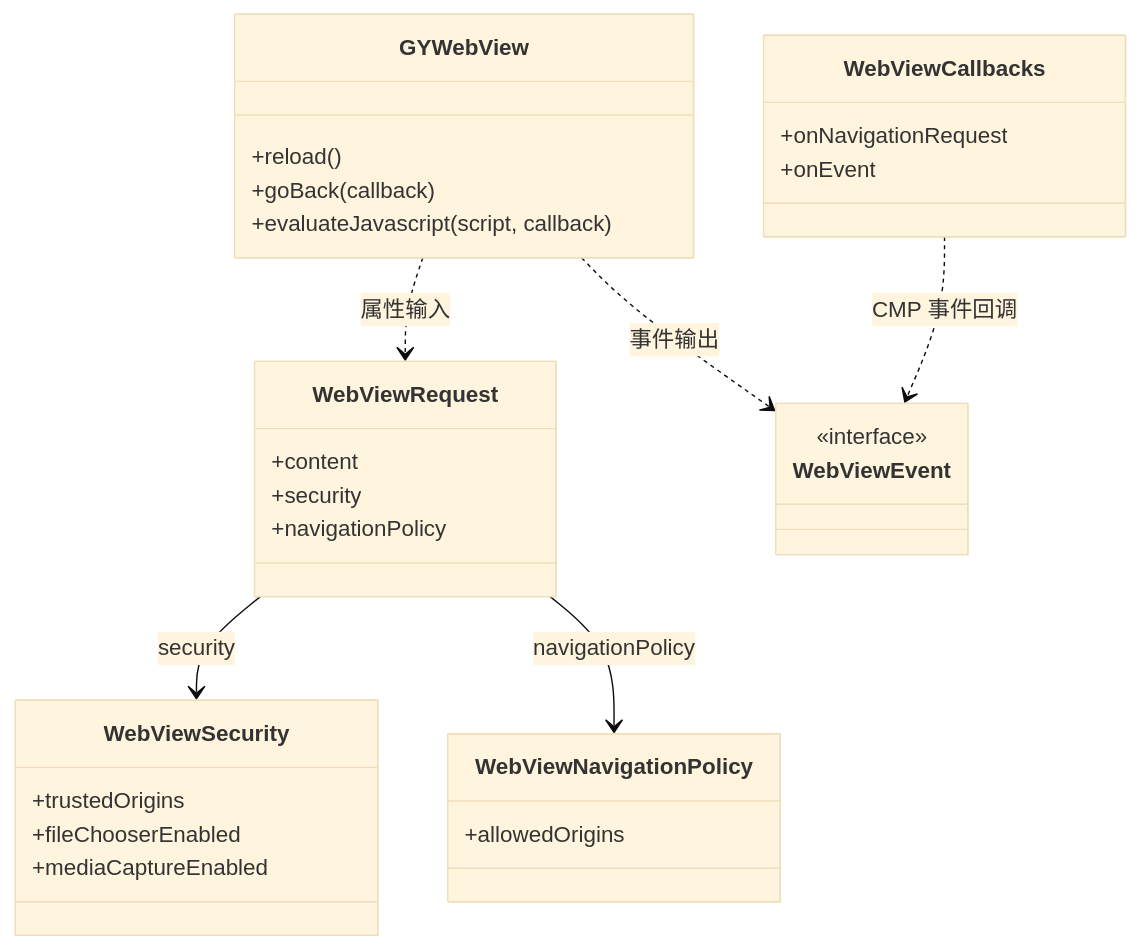
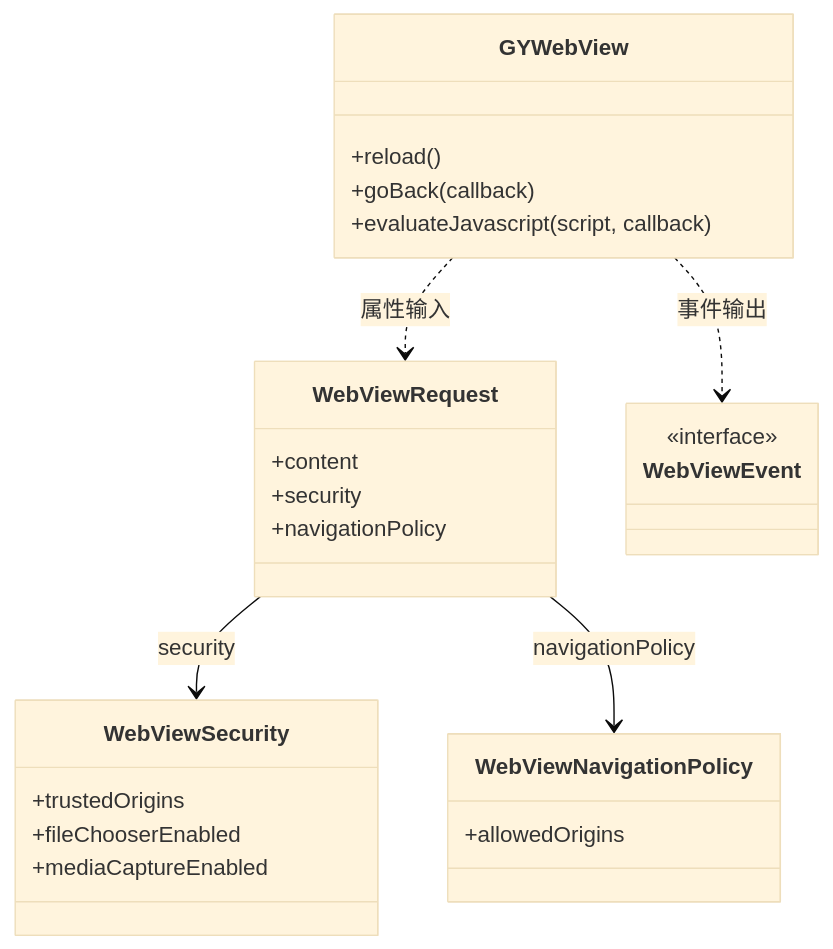
Before and after one commit to gycrosskit/compose-webview: the third of 3 diagrams in README.md, drawn with Mermaid (base theme). The commit also changed other lines of this file and 57 other files, not shown here.

````diff
--- a/README.md
+++ b/README.md
@@ -77,33 +61,28 @@
 ```mermaid
 classDiagram
     class WebViewRequest {
         +content
         +security
         +navigationPolicy
     }
     class WebViewSecurity {
         +trustedOrigins
         +fileChooserEnabled
         +mediaCaptureEnabled
     }
     class WebViewNavigationPolicy {
         +allowedOrigins
     }
     class GYWebView {
         +reload()
         +goBack(callback)
         +evaluateJavascript(script, callback)
     }
-    class WebViewCallbacks {
-        +onNavigationRequest
-        +onEvent
-    }
     class WebViewEvent {
         <<interface>>
     }
     WebViewRequest --> WebViewSecurity : security
     WebViewRequest --> WebViewNavigationPolicy : navigationPolicy
     GYWebView ..> WebViewRequest : 属性输入
     GYWebView ..> WebViewEvent : 事件输出
-    WebViewCallbacks ..> WebViewEvent : CMP 事件回调
 ```
````
